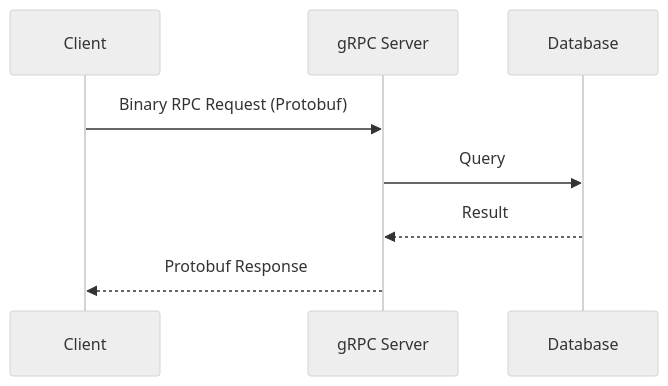
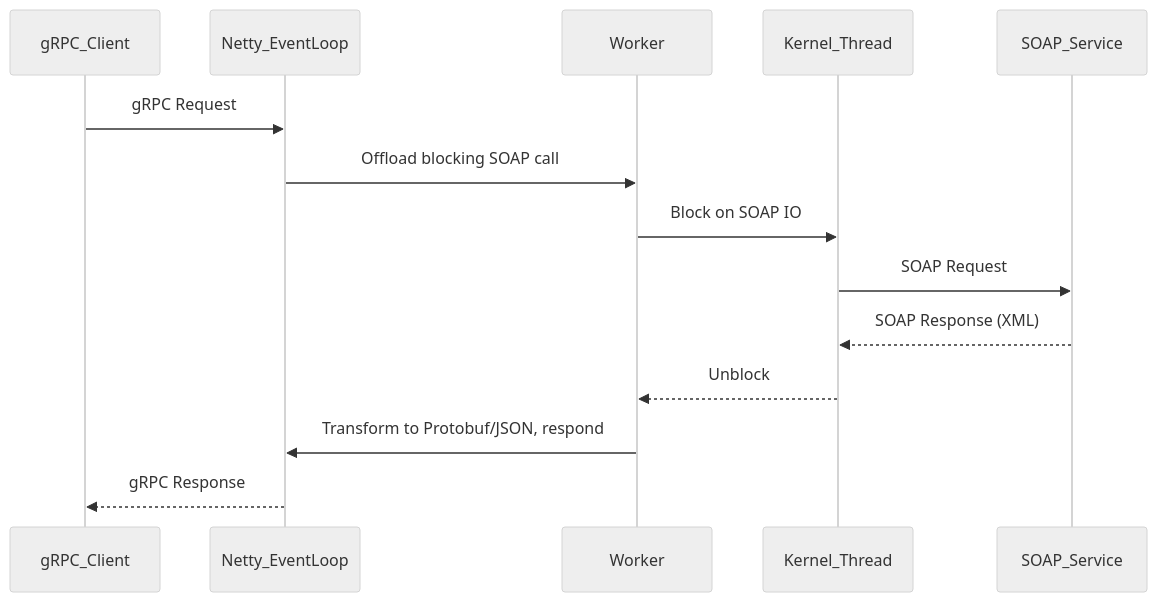
The fifth of 6 diagrams in README.md (sonuprajapati15/Web-frameworks), drawn with Mermaid (neutral theme) before and after one commit. The commit also changed other lines of this file, not shown here.

````diff
--- a/README.md
+++ b/README.md
@@ -256,11 +464,17 @@
 ```mermaid
 sequenceDiagram
-    participant Client
-    participant gRPC Server
-    participant Database
+    participant gRPC_Client
+    participant Netty_EventLoop
+    participant Worker
+    participant Kernel_Thread
+    participant SOAP_Service
 
-    Client->>gRPC Server: Binary RPC Request (Protobuf)
-    gRPC Server->>Database: Query
-    Database-->>gRPC Server: Result
-    gRPC Server-->>Client: Protobuf Response
+    gRPC_Client->>Netty_EventLoop: gRPC Request
+    Netty_EventLoop->>Worker: Offload blocking SOAP call
+    Worker->>Kernel_Thread: Block on SOAP IO
+    Kernel_Thread->>SOAP_Service: SOAP Request
+    SOAP_Service-->>Kernel_Thread: SOAP Response (XML)
+    Kernel_Thread-->>Worker: Unblock
+    Worker->>Netty_EventLoop: Transform to Protobuf/JSON, respond
+    Netty_EventLoop-->>gRPC_Client: gRPC Response
 ```
````
